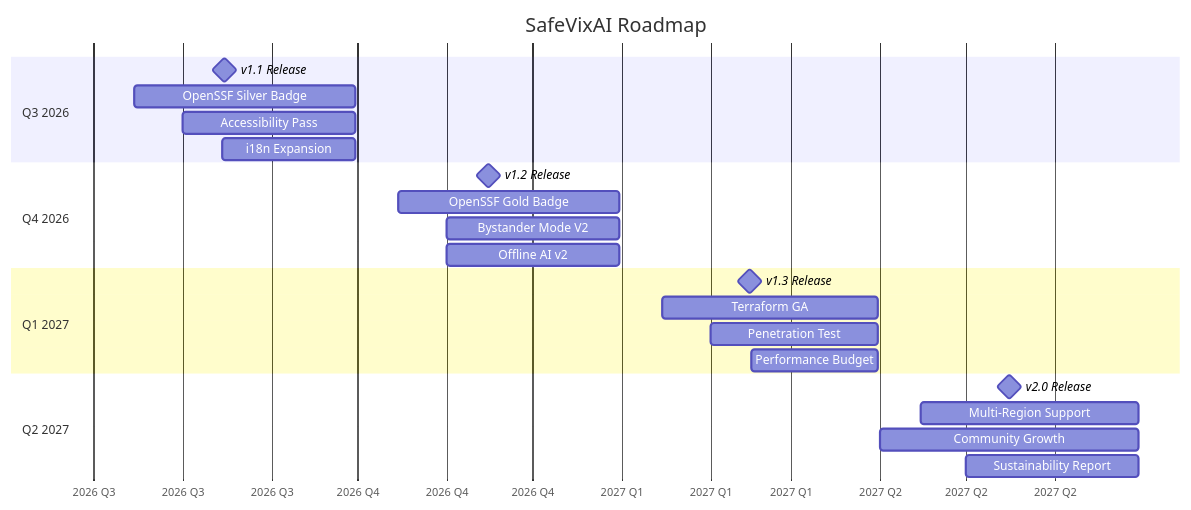
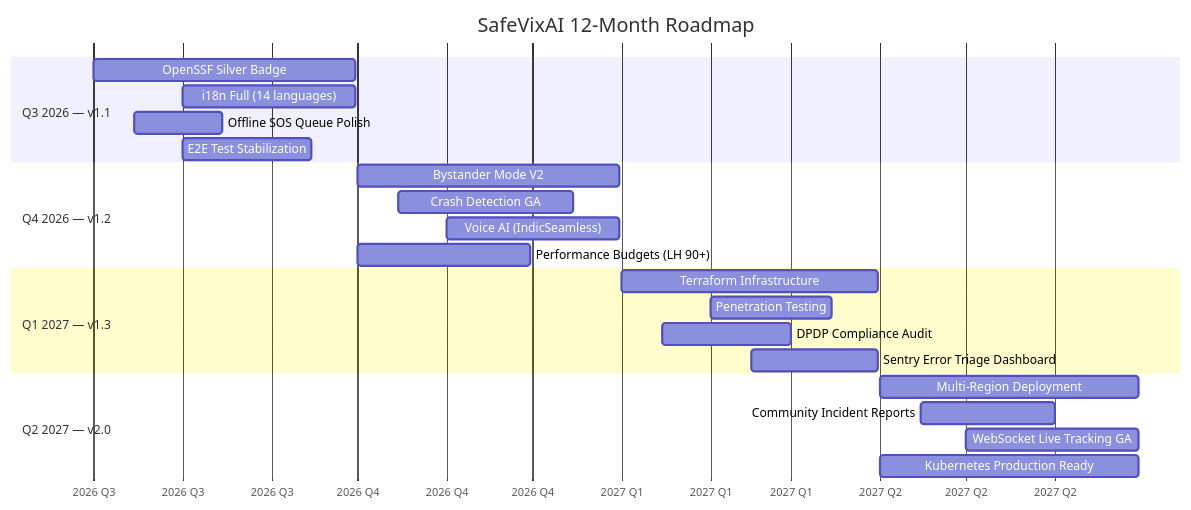
Before and after one commit to SafeVixAI/SafeVixAI: the second of 2 diagrams in ROADMAP.md, drawn with Mermaid. The commit also changed other lines of this file and 144 other files, not shown here.

````diff
--- a/ROADMAP.md
+++ b/ROADMAP.md
@@ -17,30 +26,30 @@
 ```mermaid
 gantt
-    title SafeVixAI Roadmap
+    title SafeVixAI 12-Month Roadmap
     dateFormat  YYYY-MM-DD
     axisFormat  %Y Q%q
 
-    section Q3 2026
-    v1.1 Release           :milestone, m1, 2026-07-01, 2026-09-30
-    OpenSSF Silver Badge   :2026-07-15, 2026-09-30
-    Accessibility Pass     :2026-08-01, 2026-09-30
-    i18n Expansion         :2026-08-15, 2026-09-30
+    section Q3 2026 — v1.1
+    OpenSSF Silver Badge          :2026-07-01, 2026-09-30
+    i18n Full (14 languages)      :2026-08-01, 2026-09-30
+    Offline SOS Queue Polish      :2026-07-15, 2026-08-15
+    E2E Test Stabilization        :2026-08-01, 2026-09-15
 
-    section Q4 2026
-    v1.2 Release           :milestone, m2, 2026-10-01, 2026-12-31
-    OpenSSF Gold Badge     :2026-10-15, 2026-12-31
-    Bystander Mode V2      :2026-11-01, 2026-12-31
-    Offline AI v2          :2026-11-01, 2026-12-31
+    section Q4 2026 — v1.2
+    Bystander Mode V2             :2026-10-01, 2026-12-31
+    Crash Detection GA            :2026-10-15, 2026-12-15
+    Voice AI (IndicSeamless)      :2026-11-01, 2026-12-31
+    Performance Budgets (LH 90+)  :2026-10-01, 2026-11-30
 
-    section Q1 2027
-    v1.3 Release           :milestone, m3, 2027-01-01, 2027-03-31
-    Terraform GA           :2027-01-15, 2027-03-31
-    Penetration Test       :2027-02-01, 2027-03-31
-    Performance Budget     :2027-02-15, 2027-03-31
+    section Q1 2027 — v1.3
+    Terraform Infrastructure      :2027-01-01, 2027-03-31
+    Penetration Testing            :2027-02-01, 2027-03-15
+    DPDP Compliance Audit         :2027-01-15, 2027-03-01
+    Sentry Error Triage Dashboard :2027-02-15, 2027-03-31
 
-    section Q2 2027
-    v2.0 Release           :milestone, m4, 2027-04-01, 2027-06-30
-    Multi-Region Support   :2027-04-15, 2027-06-30
-    Community Growth       :2027-04-01, 2027-06-30
-    Sustainability Report  :2027-05-01, 2027-06-30
+    section Q2 2027 — v2.0
+    Multi-Region Deployment       :2027-04-01, 2027-06-30
+    Community Incident Reports    :2027-04-15, 2027-06-01
+    WebSocket Live Tracking GA    :2027-05-01, 2027-06-30
+    Kubernetes Production Ready   :2027-04-01, 2027-06-30
 ```
````
